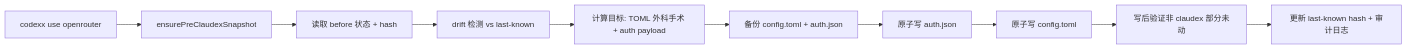
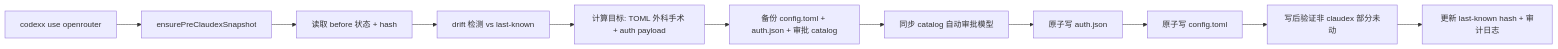
One commit to guihai24/claudex-cli changed the second of 2 diagrams in README_cn.md. Above: the diagram before and after it, drawn with Mermaid. The commit also changed other lines of this file and 19 other files, not shown here.

````diff
--- a/README_cn.md
+++ b/README_cn.md
@@ -520,12 +526,13 @@
 ```mermaid
 graph LR
     A[codexx use openrouter] --> B[ensurePreClaudexSnapshot]
     B --> C[读取 before 状态 + hash]
     C --> D[drift 检测 vs last-known]
     D --> E[计算目标: TOML 外科手术 + auth payload]
-    E --> F[备份 config.toml + auth.json]
-    F --> G[原子写 auth.json]
-    G --> H[原子写 config.toml]
-    H --> I[写后验证非 claudex 部分未动]
-    I --> J[更新 last-known hash + 审计日志]
+    E --> F[备份 config.toml + auth.json + 审批 catalog]
+    F --> G[同步 catalog 自动审批模型]
+    G --> H[原子写 auth.json]
+    H --> I[原子写 config.toml]
+    I --> J[写后验证非 claudex 部分未动]
+    J --> K[更新 last-known hash + 审计日志]
 ```
````
